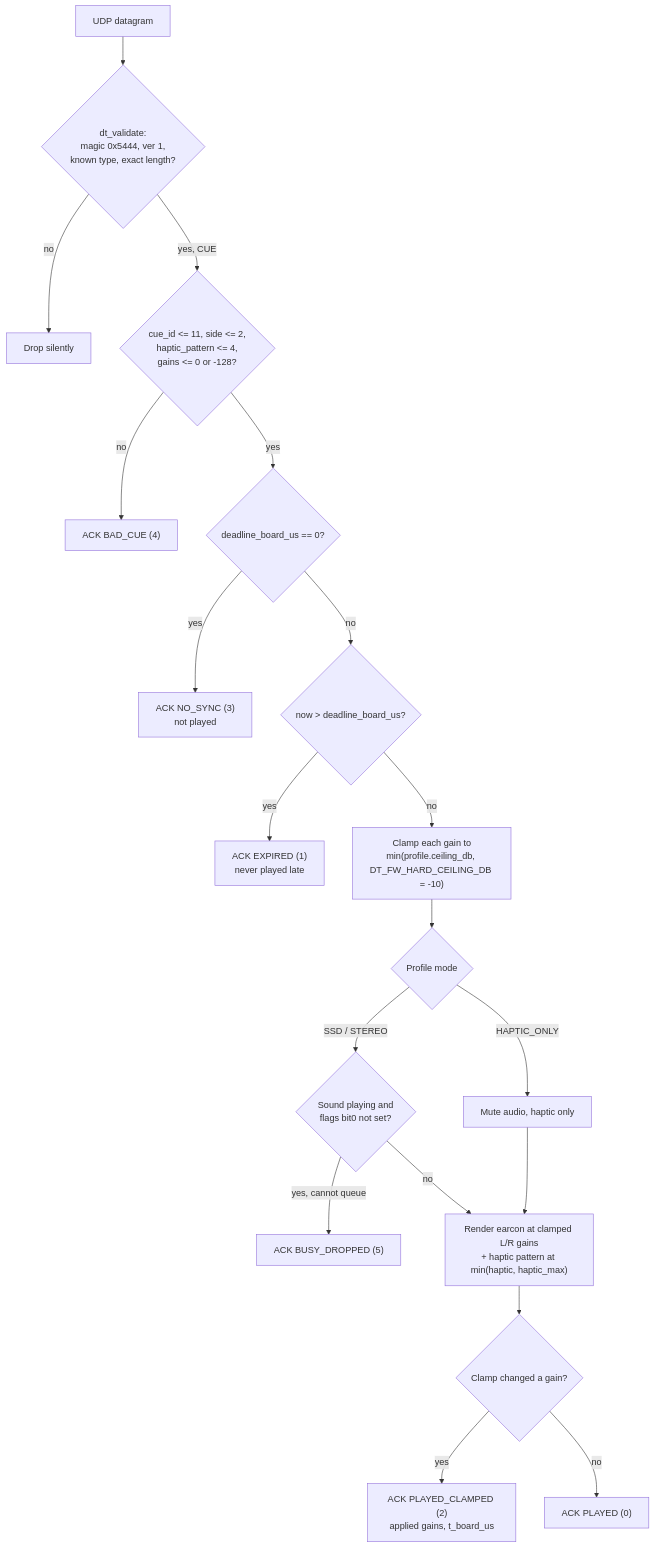
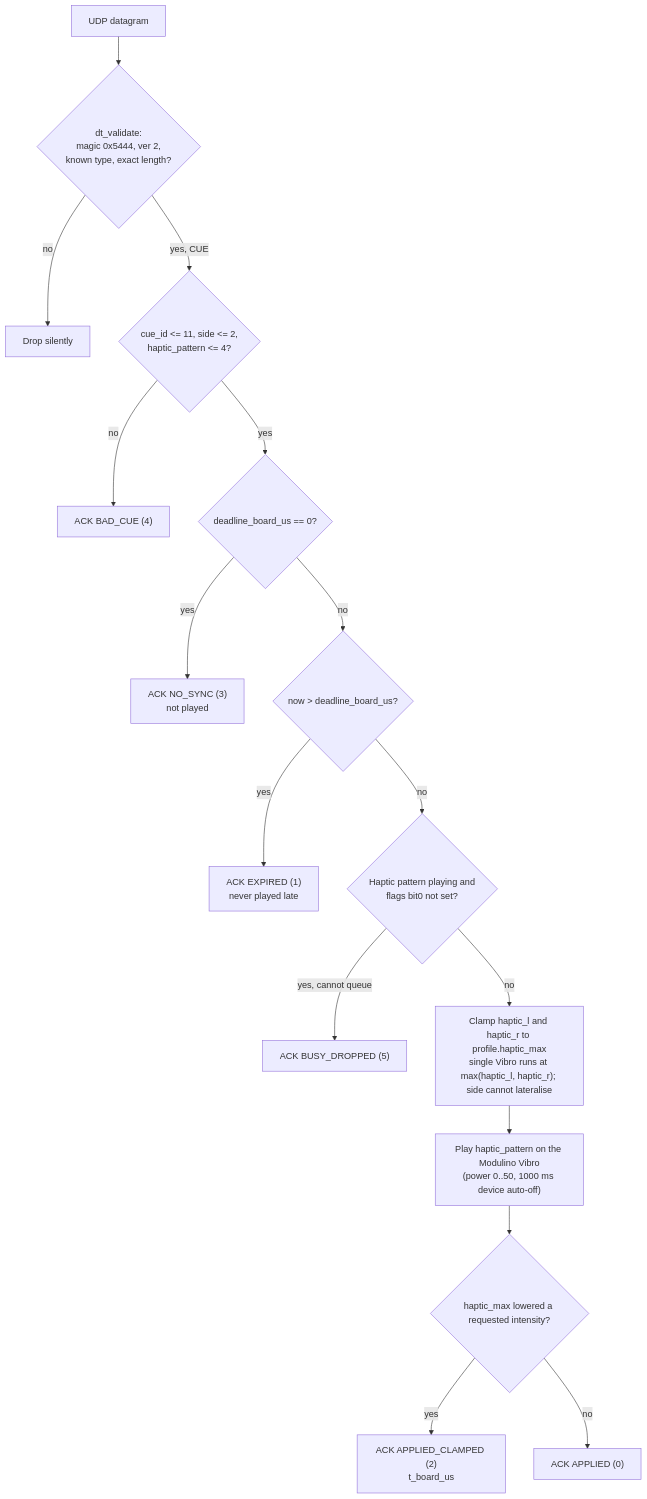
Before and after one commit to nunera/Determine: the second of 9 diagrams in docs/flows/software.md, drawn with Mermaid. The commit also changed other lines of this file and 159 other files, not shown here.

````diff
--- a/docs/flows/software.md
+++ b/docs/flows/software.md
@@ -35,21 +36,18 @@
 ```mermaid
 flowchart TD
-  RX["UDP datagram"] --> V{"dt_validate:<br/>magic 0x5444, ver 1,<br/>known type, exact length?"}
+  RX["UDP datagram"] --> V{"dt_validate:<br/>magic 0x5444, ver 2,<br/>known type, exact length?"}
   V -- no --> DROP["Drop silently"]
-  V -- "yes, CUE" --> F{"cue_id <= 11, side <= 2,<br/>haptic_pattern <= 4,<br/>gains <= 0 or -128?"}
+  V -- "yes, CUE" --> F{"cue_id <= 11, side <= 2,<br/>haptic_pattern <= 4?"}
   F -- no --> BAD["ACK BAD_CUE (4)"]
   F -- yes --> S{"deadline_board_us == 0?"}
   S -- yes --> NS["ACK NO_SYNC (3)<br/>not played"]
   S -- no --> D{"now > deadline_board_us?"}
   D -- yes --> EX["ACK EXPIRED (1)<br/>never played late"]
-  D -- no --> C["Clamp each gain to<br/>min(profile.ceiling_db, DT_FW_HARD_CEILING_DB = -10)"]
-  C --> M{"Profile mode"}
-  M -- "HAPTIC_ONLY" --> MUTE["Mute audio, haptic only"]
-  M -- "SSD / STEREO" --> BUSY{"Sound playing and<br/>flags bit0 not set?"}
+  D -- no --> BUSY{"Haptic pattern playing and<br/>flags bit0 not set?"}
   BUSY -- "yes, cannot queue" --> BD["ACK BUSY_DROPPED (5)"]
-  BUSY -- no --> PLAY["Render earcon at clamped L/R gains<br/>+ haptic pattern at min(haptic, haptic_max)"]
-  MUTE --> PLAY
-  PLAY --> K{"Clamp changed a gain?"}
-  K -- yes --> AC["ACK PLAYED_CLAMPED (2)<br/>applied gains, t_board_us"]
-  K -- no --> AP["ACK PLAYED (0)"]
+  BUSY -- no --> C["Clamp haptic_l and haptic_r to profile.haptic_max<br/>single Vibro runs at max(haptic_l, haptic_r); side cannot lateralise"]
+  C --> PLAY["Play haptic_pattern on the Modulino Vibro<br/>(power 0..50, 1000 ms device auto-off)"]
+  PLAY --> K{"haptic_max lowered a requested intensity?"}
+  K -- yes --> AC["ACK APPLIED_CLAMPED (2)<br/>t_board_us"]
+  K -- no --> AP["ACK APPLIED (0)"]
 ```
````
